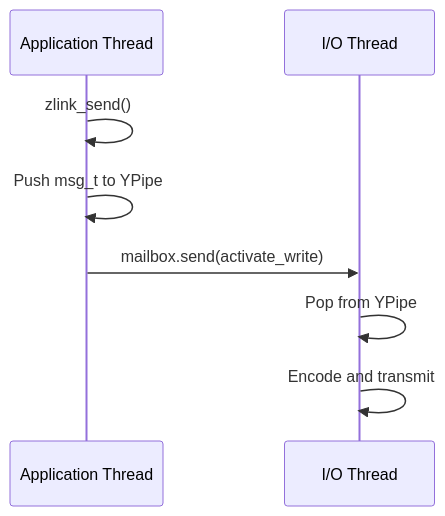
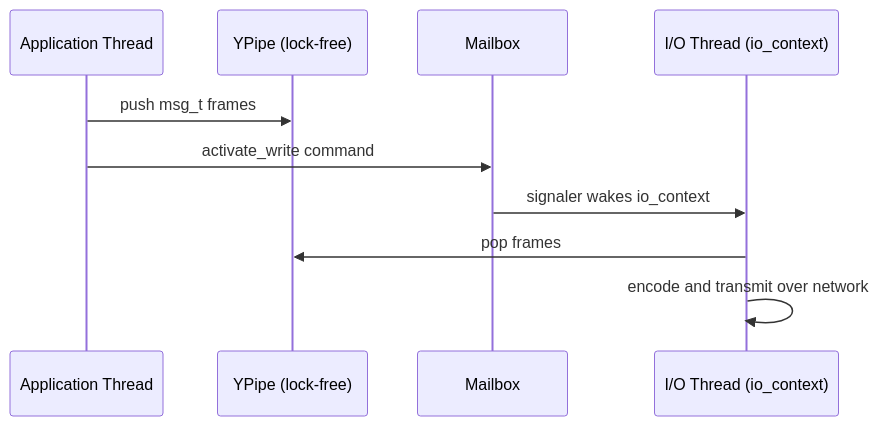
One commit to kairos-code-dev/zlink changed the second of 2 diagrams in doc/site/docs/internals/threading-model.md. Above: the diagram before and after it, drawn with Mermaid. The commit also changed other lines of this file and 393 other files, not shown here.

````diff
--- a/doc/site/docs/internals/threading-model.md
+++ b/doc/site/docs/internals/threading-model.md
@@ -50,10 +160,13 @@
 ```mermaid
 sequenceDiagram
     participant App as Application Thread
-    participant IOT as I/O Thread
-    App->>App: zlink_send()
-    App->>App: Push msg_t to YPipe
-    App->>IOT: mailbox.send(activate_write)
-    IOT->>IOT: Pop from YPipe
-    IOT->>IOT: Encode and transmit
+    participant Pipe as YPipe (lock-free)
+    participant MBox as Mailbox
+    participant IOT as I/O Thread (io_context)
+
+    App->>Pipe: push msg_t frames
+    App->>MBox: activate_write command
+    MBox->>IOT: signaler wakes io_context
+    IOT->>Pipe: pop frames
+    IOT->>IOT: encode and transmit over network
 ```
````
